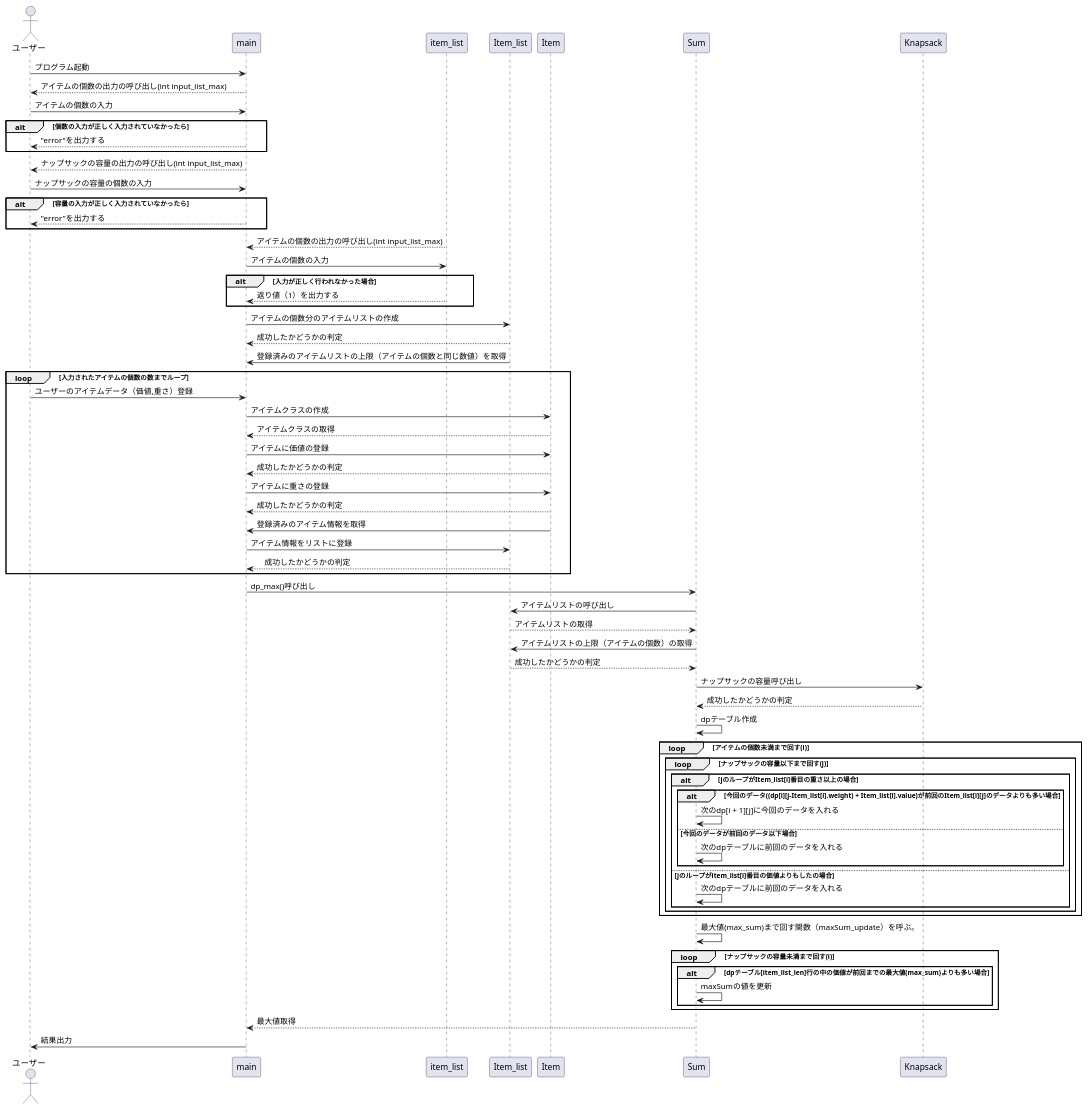
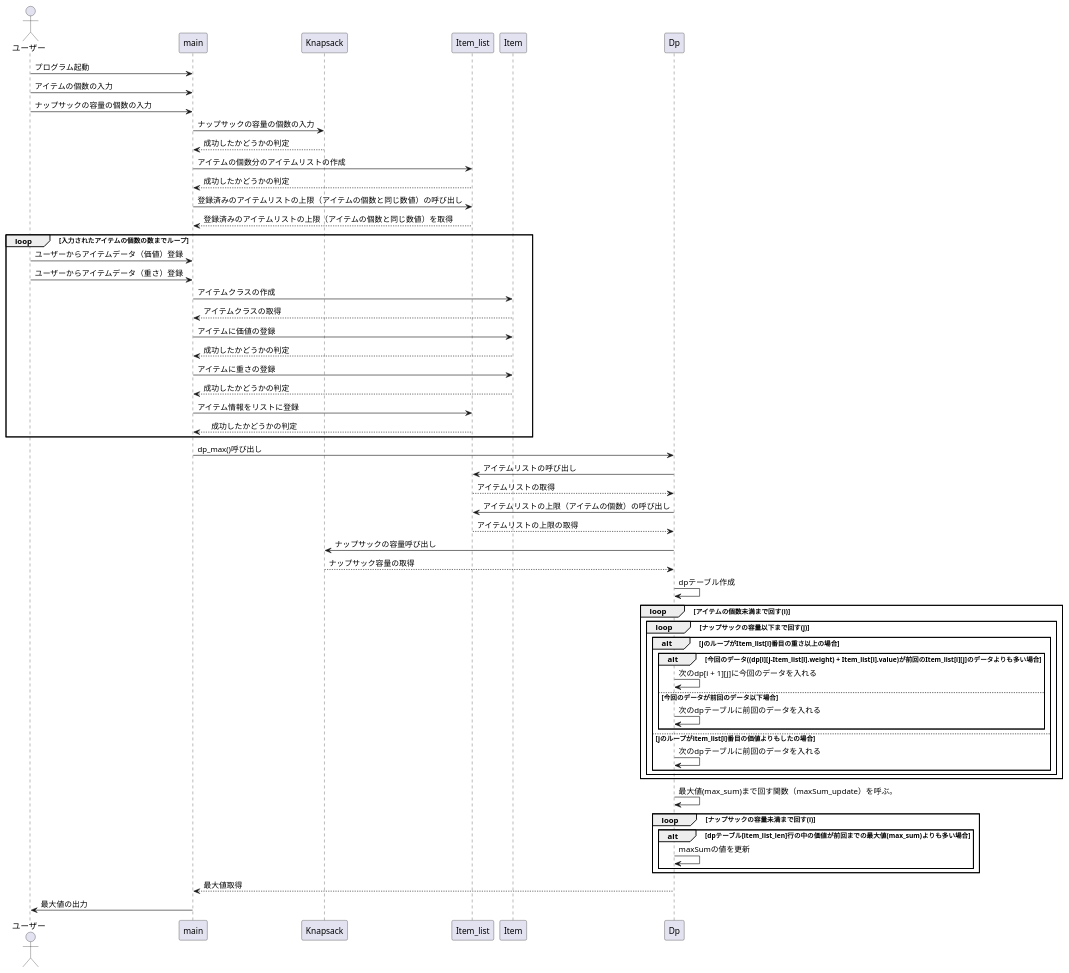
One commit to kat00000000/kt changed the diagram in 0222/dp_object/sample2.pu. Above: the diagram before and after it, drawn with PlantUML. The commit also changed 7 other files, not shown here.

Commit message:
シーケンス図通りに書いたもの

```diff
--- a/0222/dp_object/sample2.pu
+++ b/0222/dp_object/sample2.pu
@@ -1,72 +1,63 @@
 @startuml シーケンス図
 
 Actor "ユーザー" as User
 User -> main: プログラム起動
-User <-- main: アイテムの個数の出力の呼び出し(int input_list_max)
 User -> main:アイテムの個数の入力
-alt 個数の入力が正しく入力されていなかったら
-    User <-- main:"error"を出力する
-end
-User <-- main: ナップサックの容量の出力の呼び出し(int input_list_max)
 User -> main:ナップサックの容量の個数の入力
-alt 容量の入力が正しく入力されていなかったら
-    User <-- main:"error"を出力する
-end
 
-main <-- item_list: アイテムの個数の出力の呼び出し(int input_list_max)
-main -> item_list:アイテムの個数の入力
-alt 入力が正しく行われなかった場合
-    main <-- item_list:返り値（1）を出力する
-end
+main -> Knapsack:ナップサックの容量の個数の入力
+main <-- Knapsack: 成功したかどうかの判定
+
 main -> Item_list: アイテムの個数分のアイテムリストの作成
 main <-- Item_list: 成功したかどうかの判定
-main <- Item_list: 登録済みのアイテムリストの上限（アイテムの個数と同じ数値）を取得
+main -> Item_list: 登録済みのアイテムリストの上限（アイテムの個数と同じ数値）の呼び出し
+main <-- Item_list: 登録済みのアイテムリストの上限（アイテムの個数と同じ数値）を取得
 
 loop 入力されたアイテムの個数の数までループ
-    User -> main: ユーザーのアイテムデータ（価値,重さ）登録
+    User -> main: ユーザーからアイテムデータ（価値）登録
+    User -> main:ユーザーからアイテムデータ（重さ）登録
     main -> Item:アイテムクラスの作成
     main <-- Item:アイテムクラスの取得
     main -> Item: アイテムに価値の登録
     main <-- Item: 成功したかどうかの判定
     main -> Item: アイテムに重さの登録
     main <-- Item: 成功したかどうかの判定
-    main <- Item: 登録済みのアイテム情報を取得
     main -> Item_list: アイテム情報をリストに登録
     main <-- Item_list:　成功したかどうかの判定
 end
-main -> Sum: dp_max()呼び出し
-Sum -> Item_list: アイテムリストの呼び出し
-Sum <-- Item_list:アイテムリストの取得 
-Sum -> Item_list: アイテムリストの上限（アイテムの個数）の取得
-Sum <-- Item_list: 成功したかどうかの判定
-Sum -> Knapsack:ナップサックの容量呼び出し
-Knapsack --> Sum: 成功したかどうかの判定
+main -> Dp: dp_max()呼び出し
+Dp -> Item_list: アイテムリストの呼び出し
+Dp <-- Item_list:アイテムリストの取得 
+Dp -> Item_list: アイテムリストの上限（アイテムの個数）の呼び出し
+Dp <-- Item_list: アイテムリストの上限の取得
+Dp -> Knapsack:ナップサックの容量呼び出し
+Knapsack --> Dp: ナップサック容量の取得
 
-Sum -> Sum: dpテーブル作成
+Dp -> Dp: dpテーブル作成
 
 loop アイテムの個数未満まで回す(i)
     loop ナップサックの容量以下まで回す(j)
         alt jのループがItem_list[i]番目の重さ以上の場合            
             alt 今回のデータ((dp[i][j-Item_list[i].weight) + Item_list[i].value)が前回のItem_list[i][j]のデータよりも多い場合
-                Sum -> Sum:次のdp[i + 1][j]に今回のデータを入れる
+                Dp -> Dp:次のdp[i + 1][j]に今回のデータを入れる
             else 今回のデータが前回のデータ以下場合
-                Sum -> Sum:次のdpテーブルに前回のデータを入れる
+                Dp -> Dp:次のdpテーブルに前回のデータを入れる
             end
         else jのループがitem_list[i]番目の価値よりもしたの場合
-            Sum -> Sum:次のdpテーブルに前回のデータを入れる
+            Dp -> Dp:次のdpテーブルに前回のデータを入れる
         end
     end
 end
 
-Sum -> Sum: 最大値(max_sum)まで回す関数（maxSum_update）を呼ぶ。
+Dp -> Dp: 最大値(max_sum)まで回す関数（maxSum_update）を呼ぶ。
 
 loop ナップサックの容量未満まで回す(i)
     alt dpテーブル[item_list_len]行の中の価値が前回までの最大値(max_sum)よりも多い場合
-        Sum -> Sum: maxSumの値を更新
+        Dp -> Dp: maxSumの値を更新
     end
 end
 
-main <-- Sum: 最大値取得
-main -> User: 結果出力
+main <-- Dp: 最大値取得
+main -> User: 最大値の出力
 
 @enduml
```
